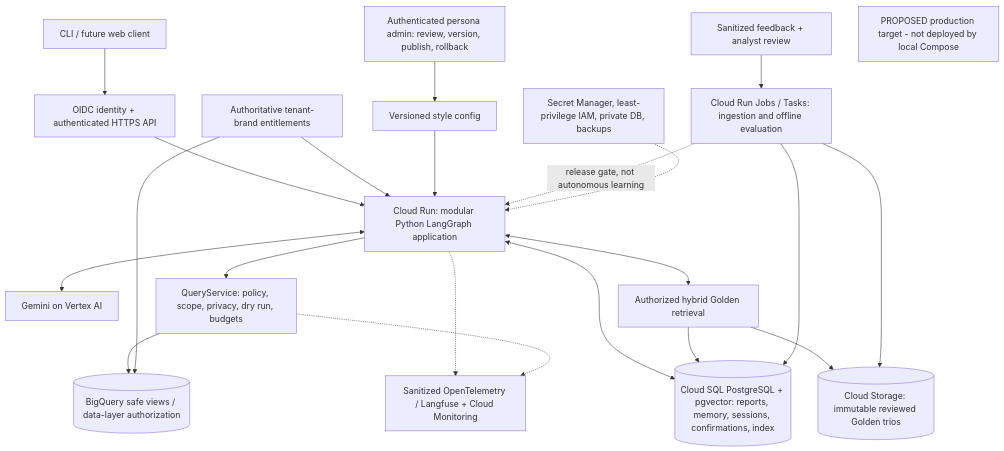
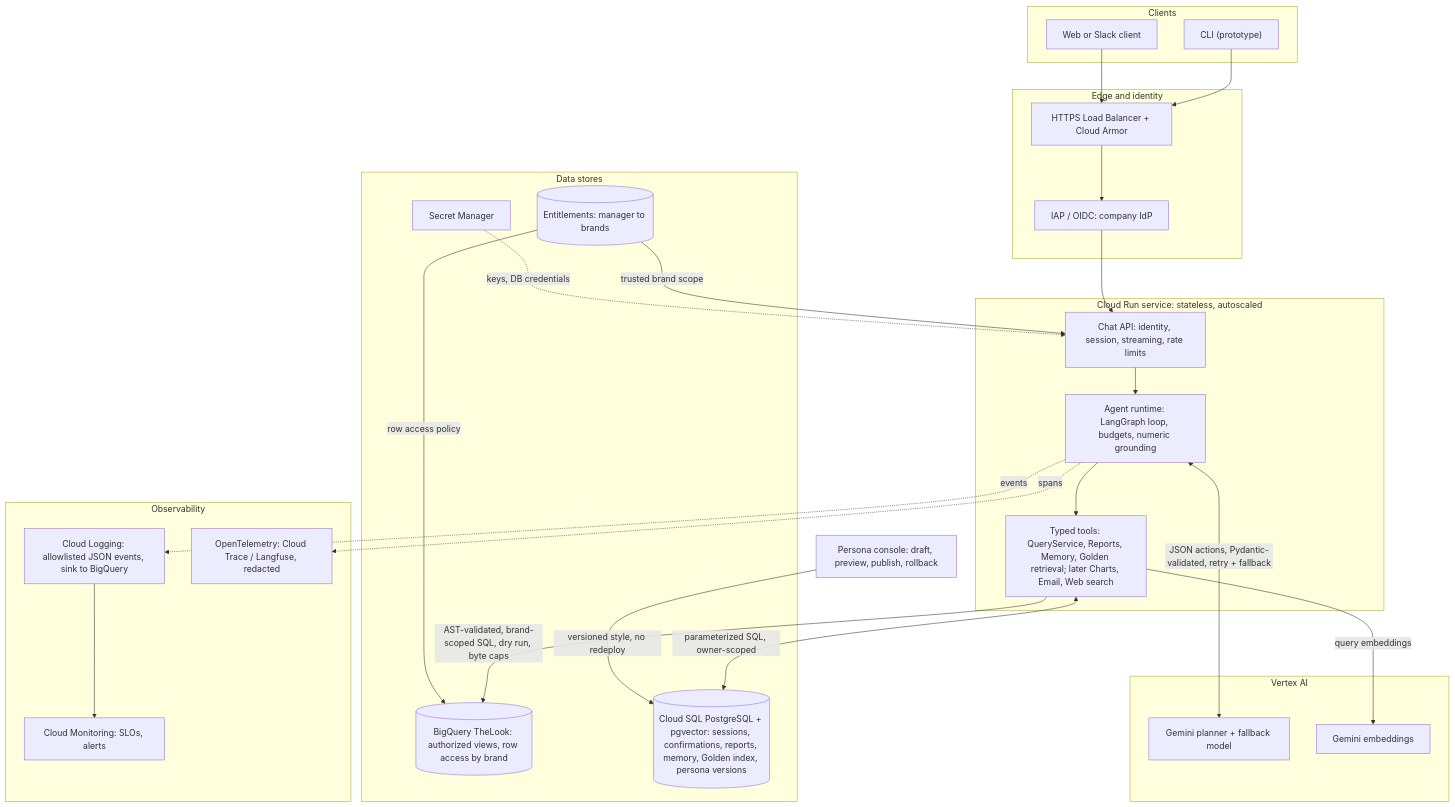
One commit to BenFruit/opsfleet_retail changed the diagram in HLD/production-hld.mmd. Above: the diagram before and after it, drawn with Mermaid. The commit also changed 18 other files, not shown here.

First line of the commit message:
docs: reviewer-facing design, diagrams, condensed README, agent metrics

```diff
--- a/HLD/production-hld.mmd
+++ b/HLD/production-hld.mmd
@@ -1,22 +1,57 @@
+%% PROPOSED production serving architecture on Google Cloud (online path).
+%% Offline Golden ingestion, evaluation gates and feedback mining: learning-loop.mmd.
+%% The prototype implements the agent runtime, typed tools, BigQuery path and
+%% PostgreSQL stores locally behind a CLI with a trusted startup identity.
 flowchart TB
-    U["CLI / future web client"] --> AUTH["OIDC identity + authenticated HTTPS API"]
-    AUTH --> APP["Cloud Run: modular Python LangGraph application"]
-    ENT["Authoritative tenant-brand entitlements"] --> APP
-    APP <--> MODEL["Gemini on Vertex AI"]
-    APP --> QUERY["QueryService: policy, scope, privacy, dry run, budgets"]
-    QUERY --> BQ[("BigQuery safe views / data-layer authorization")]
-    ENT --> BQ
-    APP <--> DB[("Cloud SQL PostgreSQL + pgvector: reports, memory, sessions, confirmations, index")]
-    APP <--> RET["Authorized hybrid Golden retrieval"]
-    RET --> DB
-    RET --> GCS[("Cloud Storage: immutable reviewed Golden trios")]
-    ADMIN["Authenticated persona admin: review, version, publish, rollback"] --> CFG["Versioned style config"]
-    CFG --> APP
-    REVIEW["Sanitized feedback + analyst review"] --> JOB["Cloud Run Jobs / Tasks: ingestion and offline evaluation"]
-    JOB --> GCS
-    JOB --> DB
-    JOB -.->|"release gate, not autonomous learning"| APP
-    APP -.-> OBS["Sanitized OpenTelemetry / Langfuse + Cloud Monitoring"]
-    QUERY -.-> OBS
-    SEC["Secret Manager, least-privilege IAM, private DB, backups"] -.-> APP
-    NOTE["PROPOSED production target - not deployed by local Compose"]
+    subgraph Clients["Clients"]
+        CLI["CLI (prototype)"]
+        WEB["Web or Slack client"]
+    end
+
+    subgraph Edge["Edge and identity"]
+        LB["HTTPS Load Balancer + Cloud Armor"]
+        IDP["IAP / OIDC: company IdP"]
+    end
+
+    subgraph Run["Cloud Run service: stateless, autoscaled"]
+        API["Chat API: identity, session, streaming, rate limits"]
+        AGENT["Agent runtime: LangGraph loop, budgets, numeric grounding"]
+        TOOLS["Typed tools: QueryService, Reports, Memory, Golden retrieval; later Charts, Email, Web search"]
+    end
+
+    subgraph AI["Vertex AI"]
+        GEM["Gemini planner + fallback model"]
+        EMB["Gemini embeddings"]
+    end
+
+    subgraph Data["Data stores"]
+        BQ[("BigQuery TheLook: authorized views, row access by brand")]
+        PG[("Cloud SQL PostgreSQL + pgvector: sessions, confirmations, reports, memory, Golden index, persona versions")]
+        ENT[("Entitlements: manager to brands")]
+        SEC["Secret Manager"]
+    end
+
+    subgraph Ops["Observability"]
+        LOGS["Cloud Logging: allowlisted JSON events, sink to BigQuery"]
+        TRACE["OpenTelemetry: Cloud Trace / Langfuse, redacted"]
+        MON["Cloud Monitoring: SLOs, alerts"]
+    end
+
+    PERSONA["Persona console: draft, preview, publish, rollback"]
+
+    CLI --> LB
+    WEB --> LB
+    LB --> IDP --> API
+    ENT -->|"trusted brand scope"| API
+    SEC -.->|"keys, DB credentials"| API
+    API --> AGENT
+    AGENT <-->|"JSON actions, Pydantic-validated, retry + fallback"| GEM
+    AGENT --> TOOLS
+    TOOLS -->|"AST-validated, brand-scoped SQL, dry run, byte caps"| BQ
+    ENT -->|"row access policy"| BQ
+    TOOLS <-->|"parameterized SQL, owner-scoped"| PG
+    TOOLS -->|"query embeddings"| EMB
+    PERSONA -->|"versioned style, no redeploy"| PG
+    AGENT -.->|"events"| LOGS
+    AGENT -.->|"spans"| TRACE
+    LOGS --> MON
```
